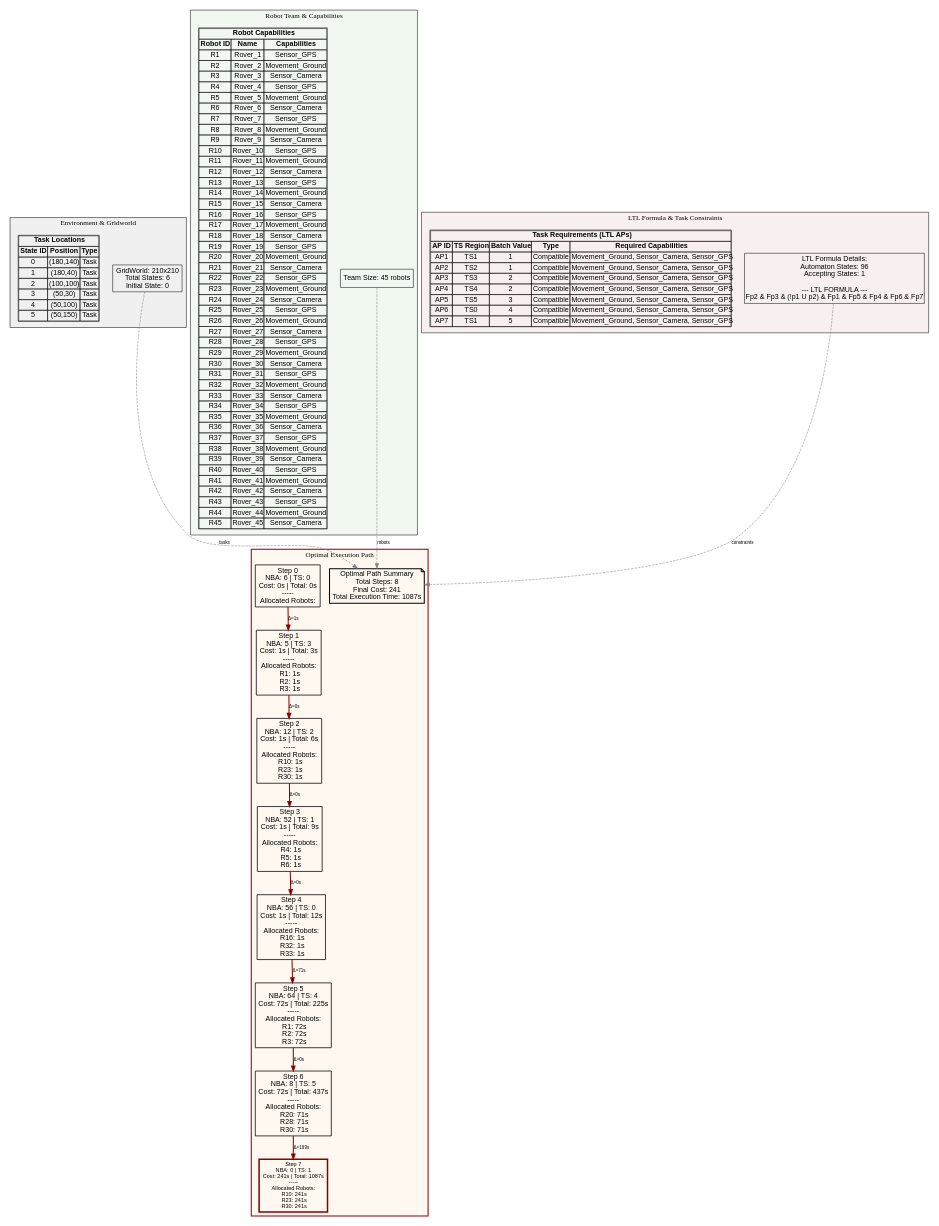
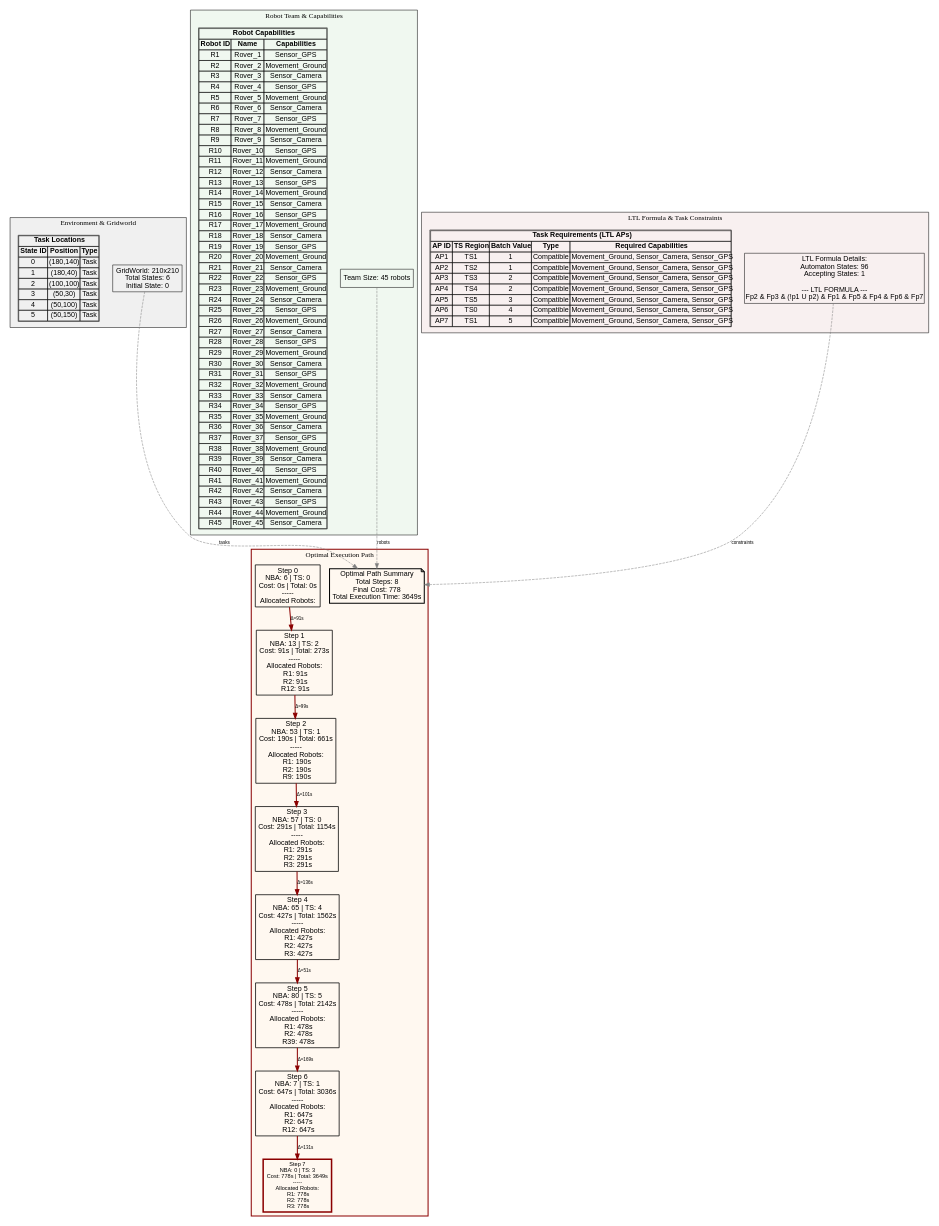
Before and after one commit to jrourke48/HMRTA_with_Multi-Capability_Robots: the diagram in MCTB-PDT/organizedtests/automaton_states_batch/output/automaton_test_2intertaskconstraints_13_path.dot, drawn with Graphviz. The commit also changed 316 other files, not shown here.

```diff
--- a/MCTB-PDT/organizedtests/automaton_states_batch/output/automaton_test_2intertaskconstraints_13_path.dot
+++ b/MCTB-PDT/organizedtests/automaton_states_batch/output/automaton_test_2intertaskconstraints_13_path.dot
@@ -1,145 +1,145 @@
 digraph ComprehensiveOptimalPath {
   rankdir=TB;
   concentrate=true;
   node [fontname=Arial];
   edge [fontname=Arial, fontsize=9];
 
   subgraph cluster_environment {
     label="Environment & Gridworld";
     style=filled;
     fillcolor="#F0F0F0";
     color=black;
 
     env_info [shape=box, label="GridWorld: 210x210\nTotal States: 6\nInitial State: 0\n", fillcolor="#E8F4F8"];
 
     env_tasks [shape=plaintext, label=<
       <TABLE BORDER="1" CELLBORDER="1" CELLSPACING="0">
         <TR><TD COLSPAN="3"><B>Task Locations</B></TD></TR>
         <TR><TD><B>State ID</B></TD><TD><B>Position</B></TD><TD><B>Type</B></TD></TR>
         <TR><TD>0</TD><TD>(180,140)</TD><TD>Task</TD></TR>
         <TR><TD>1</TD><TD>(180,40)</TD><TD>Task</TD></TR>
         <TR><TD>2</TD><TD>(100,100)</TD><TD>Task</TD></TR>
         <TR><TD>3</TD><TD>(50,30)</TD><TD>Task</TD></TR>
         <TR><TD>4</TD><TD>(50,100)</TD><TD>Task</TD></TR>
         <TR><TD>5</TD><TD>(50,150)</TD><TD>Task</TD></TR>
       </TABLE>
     >];
   }
 
   subgraph cluster_robots {
     label="Robot Team & Capabilities";
     style=filled;
     fillcolor="#F0F8F0";
     color=black;
 
     team_info [shape=box, label="Team Size: 45 robots\n", fillcolor="#E8F8E8"];
 
     robot_caps [shape=plaintext, label=<
       <TABLE BORDER="1" CELLBORDER="1" CELLSPACING="0">
         <TR><TD COLSPAN="3"><B>Robot Capabilities</B></TD></TR>
         <TR><TD><B>Robot ID</B></TD><TD><B>Name</B></TD><TD><B>Capabilities</B></TD></TR>
         <TR><TD>R1</TD><TD>Rover_1</TD><TD>Sensor_GPS</TD></TR>
         <TR><TD>R2</TD><TD>Rover_2</TD><TD>Movement_Ground</TD></TR>
         <TR><TD>R3</TD><TD>Rover_3</TD><TD>Sensor_Camera</TD></TR>
         <TR><TD>R4</TD><TD>Rover_4</TD><TD>Sensor_GPS</TD></TR>
         <TR><TD>R5</TD><TD>Rover_5</TD><TD>Movement_Ground</TD></TR>
         <TR><TD>R6</TD><TD>Rover_6</TD><TD>Sensor_Camera</TD></TR>
         <TR><TD>R7</TD><TD>Rover_7</TD><TD>Sensor_GPS</TD></TR>
         <TR><TD>R8</TD><TD>Rover_8</TD><TD>Movement_Ground</TD></TR>
         <TR><TD>R9</TD><TD>Rover_9</TD><TD>Sensor_Camera</TD></TR>
         <TR><TD>R10</TD><TD>Rover_10</TD><TD>Sensor_GPS</TD></TR>
         <TR><TD>R11</TD><TD>Rover_11</TD><TD>Movement_Ground</TD></TR>
         <TR><TD>R12</TD><TD>Rover_12</TD><TD>Sensor_Camera</TD></TR>
         <TR><TD>R13</TD><TD>Rover_13</TD><TD>Sensor_GPS</TD></TR>
         <TR><TD>R14</TD><TD>Rover_14</TD><TD>Movement_Ground</TD></TR>
         <TR><TD>R15</TD><TD>Rover_15</TD><TD>Sensor_Camera</TD></TR>
         <TR><TD>R16</TD><TD>Rover_16</TD><TD>Sensor_GPS</TD></TR>
         <TR><TD>R17</TD><TD>Rover_17</TD><TD>Movement_Ground</TD></TR>
         <TR><TD>R18</TD><TD>Rover_18</TD><TD>Sensor_Camera</TD></TR>
         <TR><TD>R19</TD><TD>Rover_19</TD><TD>Sensor_GPS</TD></TR>
         <TR><TD>R20</TD><TD>Rover_20</TD><TD>Movement_Ground</TD></TR>
         <TR><TD>R21</TD><TD>Rover_21</TD><TD>Sensor_Camera</TD></TR>
         <TR><TD>R22</TD><TD>Rover_22</TD><TD>Sensor_GPS</TD></TR>
         <TR><TD>R23</TD><TD>Rover_23</TD><TD>Movement_Ground</TD></TR>
         <TR><TD>R24</TD><TD>Rover_24</TD><TD>Sensor_Camera</TD></TR>
         <TR><TD>R25</TD><TD>Rover_25</TD><TD>Sensor_GPS</TD></TR>
         <TR><TD>R26</TD><TD>Rover_26</TD><TD>Movement_Ground</TD></TR>
         <TR><TD>R27</TD><TD>Rover_27</TD><TD>Sensor_Camera</TD></TR>
         <TR><TD>R28</TD><TD>Rover_28</TD><TD>Sensor_GPS</TD></TR>
         <TR><TD>R29</TD><TD>Rover_29</TD><TD>Movement_Ground</TD></TR>
         <TR><TD>R30</TD><TD>Rover_30</TD><TD>Sensor_Camera</TD></TR>
         <TR><TD>R31</TD><TD>Rover_31</TD><TD>Sensor_GPS</TD></TR>
         <TR><TD>R32</TD><TD>Rover_32</TD><TD>Movement_Ground</TD></TR>
         <TR><TD>R33</TD><TD>Rover_33</TD><TD>Sensor_Camera</TD></TR>
         <TR><TD>R34</TD><TD>Rover_34</TD><TD>Sensor_GPS</TD></TR>
         <TR><TD>R35</TD><TD>Rover_35</TD><TD>Movement_Ground</TD></TR>
         <TR><TD>R36</TD><TD>Rover_36</TD><TD>Sensor_Camera</TD></TR>
         <TR><TD>R37</TD><TD>Rover_37</TD><TD>Sensor_GPS</TD></TR>
         <TR><TD>R38</TD><TD>Rover_38</TD><TD>Movement_Ground</TD></TR>
         <TR><TD>R39</TD><TD>Rover_39</TD><TD>Sensor_Camera</TD></TR>
         <TR><TD>R40</TD><TD>Rover_40</TD><TD>Sensor_GPS</TD></TR>
         <TR><TD>R41</TD><TD>Rover_41</TD><TD>Movement_Ground</TD></TR>
         <TR><TD>R42</TD><TD>Rover_42</TD><TD>Sensor_Camera</TD></TR>
         <TR><TD>R43</TD><TD>Rover_43</TD><TD>Sensor_GPS</TD></TR>
         <TR><TD>R44</TD><TD>Rover_44</TD><TD>Movement_Ground</TD></TR>
         <TR><TD>R45</TD><TD>Rover_45</TD><TD>Sensor_Camera</TD></TR>
       </TABLE>
     >];
   }
 
   subgraph cluster_ltl {
     label="LTL Formula & Task Constraints";
     style=filled;
     fillcolor="#F8F0F0";
     color=black;
 
     ltl_info [shape=box, label="LTL Formula Details:\nAutomaton States: 96\nAccepting States: 1\n\n--- LTL FORMULA ---\nFp2 & Fp3 & (!p1 U p2) & Fp1 & Fp5 & Fp4 & Fp6 & Fp7", fillcolor="#F8E8E8"];
 
     ltl_tasks [shape=plaintext, label=<
       <TABLE BORDER="1" CELLBORDER="1" CELLSPACING="0">
         <TR><TD COLSPAN="5"><B>Task Requirements (LTL APs)</B></TD></TR>
         <TR><TD><B>AP ID</B></TD><TD><B>TS Region</B></TD><TD><B>Batch Value</B></TD><TD><B>Type</B></TD><TD><B>Required Capabilities</B></TD></TR>
         <TR><TD>AP1</TD><TD>TS1</TD><TD>1</TD><TD>Compatible</TD><TD>Movement_Ground, Sensor_Camera, Sensor_GPS</TD></TR>
         <TR><TD>AP2</TD><TD>TS2</TD><TD>1</TD><TD>Compatible</TD><TD>Movement_Ground, Sensor_Camera, Sensor_GPS</TD></TR>
         <TR><TD>AP3</TD><TD>TS3</TD><TD>2</TD><TD>Compatible</TD><TD>Movement_Ground, Sensor_Camera, Sensor_GPS</TD></TR>
         <TR><TD>AP4</TD><TD>TS4</TD><TD>2</TD><TD>Compatible</TD><TD>Movement_Ground, Sensor_Camera, Sensor_GPS</TD></TR>
         <TR><TD>AP5</TD><TD>TS5</TD><TD>3</TD><TD>Compatible</TD><TD>Movement_Ground, Sensor_Camera, Sensor_GPS</TD></TR>
         <TR><TD>AP6</TD><TD>TS0</TD><TD>4</TD><TD>Compatible</TD><TD>Movement_Ground, Sensor_Camera, Sensor_GPS</TD></TR>
         <TR><TD>AP7</TD><TD>TS1</TD><TD>5</TD><TD>Compatible</TD><TD>Movement_Ground, Sensor_Camera, Sensor_GPS</TD></TR>
       </TABLE>
     >];
   }
 
   subgraph cluster_path {
     label="Optimal Execution Path";
     style=filled;
     fillcolor="#FFF8F0";
     color=darkred;
     penwidth=2;
 
-    path_summary [shape=note, label="Optimal Path Summary\nTotal Steps: 8\nFinal Cost: 241\nTotal Execution Time: 1087s\n", fillcolor="#FFFFCC", penwidth=2];
+    path_summary [shape=note, label="Optimal Path Summary\nTotal Steps: 8\nFinal Cost: 778\nTotal Execution Time: 3649s\n", fillcolor="#FFFFCC", penwidth=2];
 
     opt_0 [shape=box, label="Step 0\nNBA: 6 | TS: 0\nCost: 0s | Total: 0s\n-----\nAllocated Robots:\n", fillcolor="#B3E5FC", penwidth=1.5];
-    opt_1 [shape=box, label="Step 1\nNBA: 5 | TS: 3\nCost: 1s | Total: 3s\n-----\nAllocated Robots:\n  R1: 1s\n  R2: 1s\n  R3: 1s\n", fillcolor="#B3E5FC", penwidth=1.5];
-    opt_2 [shape=box, label="Step 2\nNBA: 12 | TS: 2\nCost: 1s | Total: 6s\n-----\nAllocated Robots:\n  R10: 1s\n  R23: 1s\n  R30: 1s\n", fillcolor="#B3E5FC", penwidth=1.5];
-    opt_3 [shape=box, label="Step 3\nNBA: 52 | TS: 1\nCost: 1s | Total: 9s\n-----\nAllocated Robots:\n  R4: 1s\n  R5: 1s\n  R6: 1s\n", fillcolor="#B3E5FC", penwidth=1.5];
-    opt_4 [shape=box, label="Step 4\nNBA: 56 | TS: 0\nCost: 1s | Total: 12s\n-----\nAllocated Robots:\n  R16: 1s\n  R32: 1s\n  R33: 1s\n", fillcolor="#B3E5FC", penwidth=1.5];
-    opt_5 [shape=box, label="Step 5\nNBA: 64 | TS: 4\nCost: 72s | Total: 225s\n-----\nAllocated Robots:\n  R1: 72s\n  R2: 72s\n  R3: 72s\n", fillcolor="#B3E5FC", penwidth=1.5];
-    opt_6 [shape=box, label="Step 6\nNBA: 8 | TS: 5\nCost: 72s | Total: 437s\n-----\nAllocated Robots:\n  R20: 71s\n  R28: 71s\n  R30: 71s\n", fillcolor="#B3E5FC", penwidth=1.5];
-    opt_7 [shape=box, label="Step 7\nNBA: 0 | TS: 1\nCost: 241s | Total: 1087s\n-----\nAllocated Robots:\n  R10: 241s\n  R23: 241s\n  R30: 241s\n", fillcolor="#FF6B6B", penwidth=3, color=darkred, fontweight=bold, fontsize=11];
+    opt_1 [shape=box, label="Step 1\nNBA: 13 | TS: 2\nCost: 91s | Total: 273s\n-----\nAllocated Robots:\n  R1: 91s\n  R2: 91s\n  R12: 91s\n", fillcolor="#B3E5FC", penwidth=1.5];
+    opt_2 [shape=box, label="Step 2\nNBA: 53 | TS: 1\nCost: 190s | Total: 661s\n-----\nAllocated Robots:\n  R1: 190s\n  R2: 190s\n  R9: 190s\n", fillcolor="#B3E5FC", penwidth=1.5];
+    opt_3 [shape=box, label="Step 3\nNBA: 57 | TS: 0\nCost: 291s | Total: 1154s\n-----\nAllocated Robots:\n  R1: 291s\n  R2: 291s\n  R3: 291s\n", fillcolor="#B3E5FC", penwidth=1.5];
+    opt_4 [shape=box, label="Step 4\nNBA: 65 | TS: 4\nCost: 427s | Total: 1562s\n-----\nAllocated Robots:\n  R1: 427s\n  R2: 427s\n  R3: 427s\n", fillcolor="#B3E5FC", penwidth=1.5];
+    opt_5 [shape=box, label="Step 5\nNBA: 80 | TS: 5\nCost: 478s | Total: 2142s\n-----\nAllocated Robots:\n  R1: 478s\n  R2: 478s\n  R39: 478s\n", fillcolor="#B3E5FC", penwidth=1.5];
+    opt_6 [shape=box, label="Step 6\nNBA: 7 | TS: 1\nCost: 647s | Total: 3036s\n-----\nAllocated Robots:\n  R1: 647s\n  R2: 647s\n  R12: 647s\n", fillcolor="#B3E5FC", penwidth=1.5];
+    opt_7 [shape=box, label="Step 7\nNBA: 0 | TS: 3\nCost: 778s | Total: 3649s\n-----\nAllocated Robots:\n  R1: 778s\n  R2: 778s\n  R3: 778s\n", fillcolor="#FF6B6B", penwidth=3, color=darkred, fontweight=bold, fontsize=11];
 
-    opt_0 -> opt_1 [label="Δ=1s", penwidth=2, color=darkred];
-    opt_1 -> opt_2 [label="Δ=0s", penwidth=2, color=darkred];
-    opt_2 -> opt_3 [label="Δ=0s", penwidth=2, color=darkred];
-    opt_3 -> opt_4 [label="Δ=0s", penwidth=2, color=darkred];
-    opt_4 -> opt_5 [label="Δ=71s", penwidth=2, color=darkred];
-    opt_5 -> opt_6 [label="Δ=0s", penwidth=2, color=darkred];
-    opt_6 -> opt_7 [label="Δ=169s", penwidth=2, color=darkred];
+    opt_0 -> opt_1 [label="Δ=91s", penwidth=2, color=darkred];
+    opt_1 -> opt_2 [label="Δ=99s", penwidth=2, color=darkred];
+    opt_2 -> opt_3 [label="Δ=101s", penwidth=2, color=darkred];
+    opt_3 -> opt_4 [label="Δ=136s", penwidth=2, color=darkred];
+    opt_4 -> opt_5 [label="Δ=51s", penwidth=2, color=darkred];
+    opt_5 -> opt_6 [label="Δ=169s", penwidth=2, color=darkred];
+    opt_6 -> opt_7 [label="Δ=131s", penwidth=2, color=darkred];
   }
 
   // Connections between clusters
   env_info -> path_summary [style=dashed, color=gray, label="tasks"];
   team_info -> path_summary [style=dashed, color=gray, label="robots"];
   ltl_info -> path_summary [style=dashed, color=gray, label="constraints"];
 
 }
```
